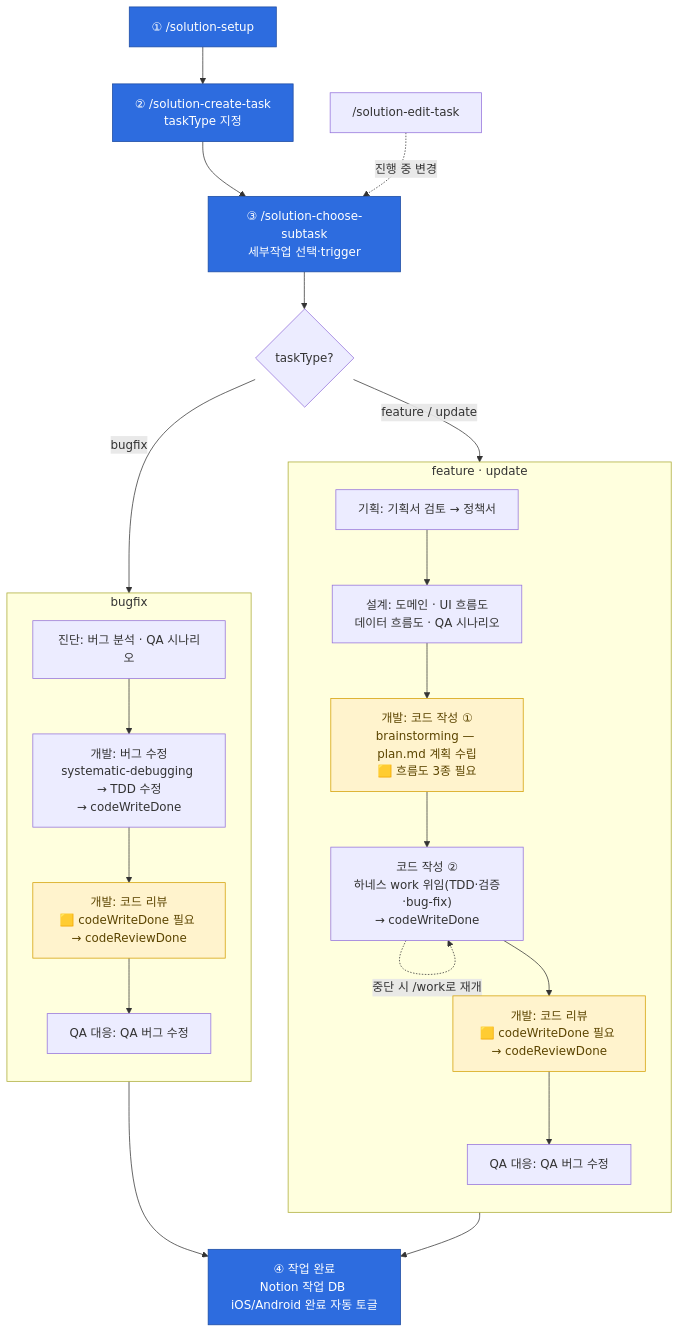
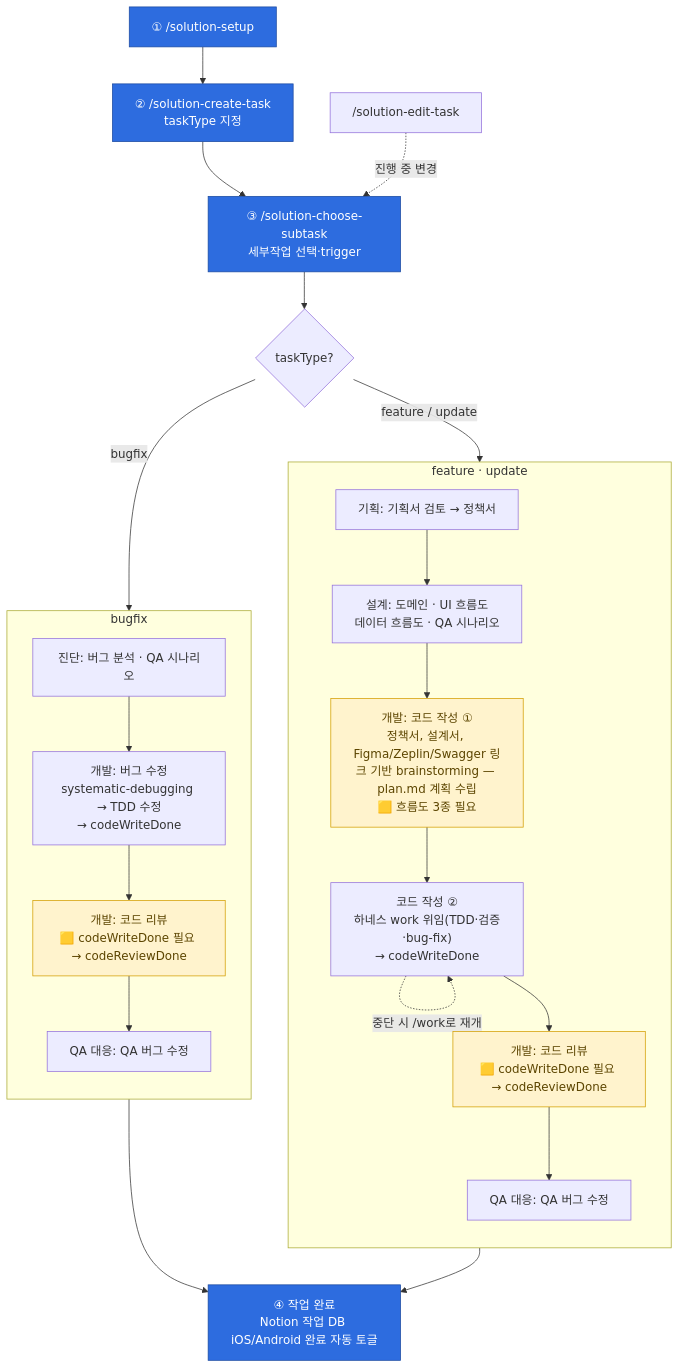
The second of 2 diagrams in README.md (BEYun/solution-assistant-plugin), drawn with Mermaid before and after one commit.

Commit message:
docs(readme): 코드 작성 ① brainstorming 입력 근거 명시(정책서·설계서·Figma/Zeplin/Swagger 링크)

````diff
--- a/README.md
+++ b/README.md
@@ -112,47 +112,47 @@
 ```mermaid
 flowchart TD
     A["① /solution-setup"] --> B["② /solution-create-task<br/>taskType 지정"]
 
     B --> C["③ /solution-choose-subtask<br/>세부작업 선택·trigger"]
 
     C --> D{taskType?}
 
     D -->|feature / update| FU
 
     D -->|bugfix| BG
 
     subgraph FU["feature · update"]
         direction TB
         f1["기획: 기획서 검토 → 정책서"] --> f2["설계: 도메인 · UI 흐름도<br/>데이터 흐름도 · QA 시나리오"]
 
-        f2 --> f3b["개발: 코드 작성 ①<br/>brainstorming — plan.md 계획 수립<br/>🟨 흐름도 3종 필요"]
+        f2 --> f3b["개발: 코드 작성 ①<br/>정책서, 설계서, Figma/Zeplin/Swagger 링크 기반 brainstorming — plan.md 계획 수립<br/>🟨 흐름도 3종 필요"]
 
         f3b --> f3w["코드 작성 ②<br/>하네스 work 위임(TDD·검증·bug-fix)<br/>→ codeWriteDone"]
 
         f3w -. "중단 시 /work로 재개" .-> f3w
 
         f3w --> f3r["개발: 코드 리뷰<br/>🟨 codeWriteDone 필요 → codeReviewDone"]
 
         f3r --> f4["QA 대응: QA 버그 수정"]
     end
 
     subgraph BG["bugfix"]
         direction TB
         b1["진단: 버그 분석 · QA 시나리오"] --> b2["개발: 버그 수정<br/>systematic-debugging → TDD 수정<br/>→ codeWriteDone"]
 
         b2 --> b2r["개발: 코드 리뷰<br/>🟨 codeWriteDone 필요 → codeReviewDone"]
 
         b2r --> b3["QA 대응: QA 버그 수정"]
     end
 
     f4 --> Z["④ 작업 완료<br/>Notion 작업 DB iOS/Android 완료 자동 토글"]
 
     b3 --> Z
 
     EDIT["/solution-edit-task"] -. 진행 중 변경 .-> C
 
     classDef entry fill:#2d6cdf,stroke:#1b4aa0,color:#fff;
     classDef gate fill:#fff3cd,stroke:#d39e00,color:#5c4500;
     class A,B,C,Z entry;
     class f3b,f3r,b2r gate;
 ```
````
